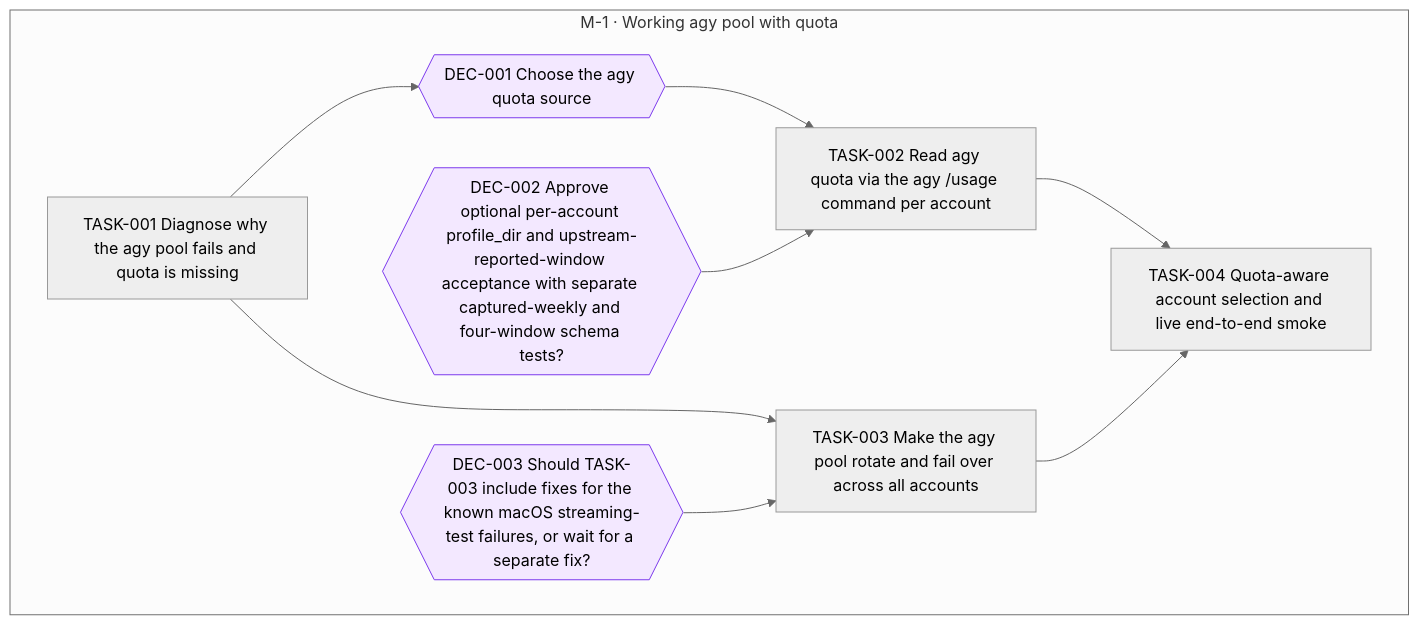
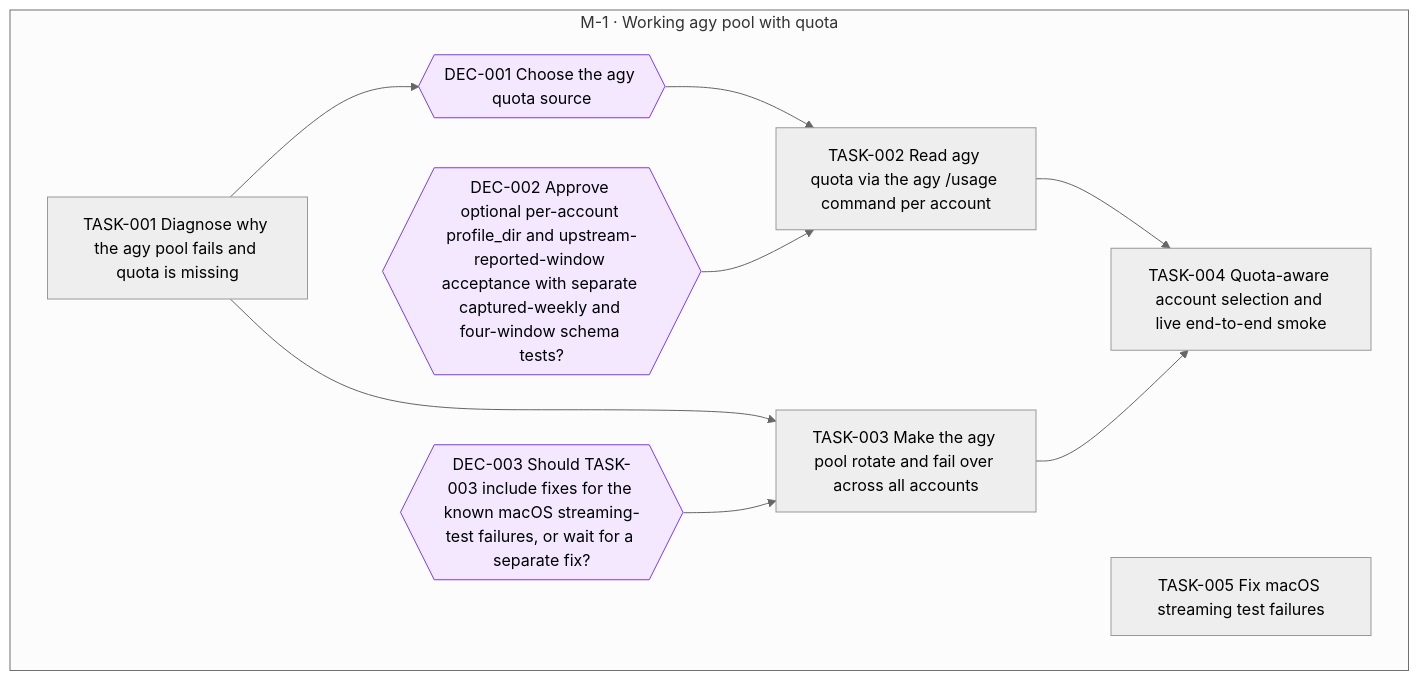
One commit to jesusvillota/shunt changed the diagram in goals/agy-pool/README.md. Above: the diagram before and after it, drawn with Mermaid (neutral theme). The commit also changed 1 other file, not shown here.

Commit message:
goal(agy-pool): add TASK-005 Fix macOS streaming test failures

````diff
--- a/goals/agy-pool/README.md
+++ b/goals/agy-pool/README.md
@@ -19,25 +19,26 @@
 ```mermaid
 flowchart TD
   subgraph M_1["M-1 · Working agy pool with quota"]
     DEC_001{{"DEC-001 Choose the agy quota source"}}
     DEC_002{{"DEC-002 Approve optional per-account profile_dir and upstream-reported-window acceptance with separate captured-weekly and four-window schema tests?"}}
     DEC_003{{"DEC-003 Should TASK-003 include fixes for the known macOS streaming-test failures, or wait for a separate fix?"}}
     TASK_001["TASK-001 Diagnose why the agy pool fails and quota is missing"]
     TASK_002["TASK-002 Read agy quota via the agy /usage command per account"]
     TASK_003["TASK-003 Make the agy pool rotate and fail over across all accounts"]
     TASK_004["TASK-004 Quota-aware account selection and live end-to-end smoke"]
+    TASK_005["TASK-005 Fix macOS streaming test failures"]
   end
   TASK_001 --> DEC_001
   DEC_001 --> TASK_002
   DEC_002 --> TASK_002
   TASK_001 --> TASK_003
   DEC_003 --> TASK_003
   TASK_002 --> TASK_004
   TASK_003 --> TASK_004
   classDef draft stroke-dasharray: 4 3
   classDef cancelled opacity:0.45
   classDef decision fill:#f3e8ff,stroke:#7c3aed
   class DEC_001 decision
   class DEC_002 decision
   class DEC_003 decision
 ```
````
